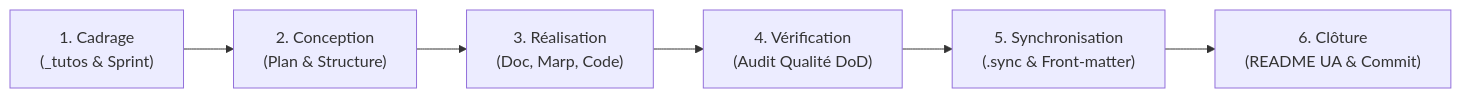
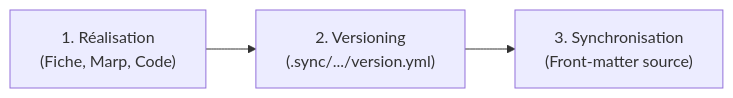
The diagram in docs/workflow-tuto.md (labs-web/projet-imiation-n3), drawn with Mermaid before and after one commit. The commit also changed other lines of this file and 15 other files, not shown here.

````diff
--- a/docs/workflow-tuto.md
+++ b/docs/workflow-tuto.md
@@ -11,8 +11,5 @@
 ```mermaid
 flowchart LR
-    E1["1. Cadrage\n(_tutos & Sprint)"] --> E2["2. Conception\n(Plan & Structure)"]
-    E2 --> E3["3. Réalisation\n(Doc, Marp, Code)"]
-    E3 --> E4["4. Vérification\n(Audit Qualité DoD)"]
-    E4 --> E5["5. Synchronisation\n(.sync & Front-matter)"]
-    E5 --> E6["6. Clôture\n(README UA & Commit)"]
+    E1["1. Réalisation\n(Fiche, Marp, Code)"] --> E2["2. Versioning\n(.sync/.../version.yml)"]
+    E2 --> E3["3. Synchronisation\n(Front-matter source)"]
 ```
````
